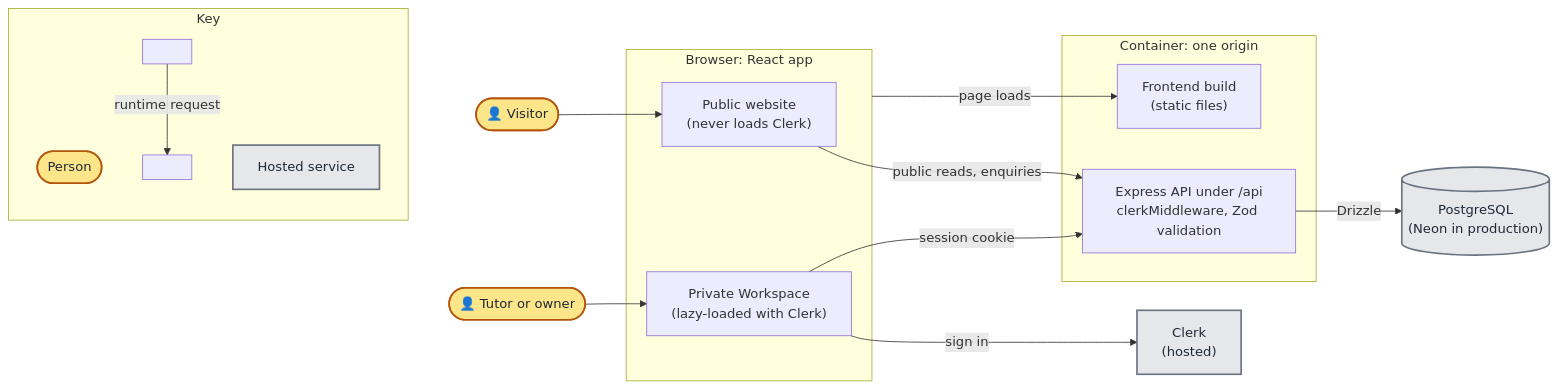
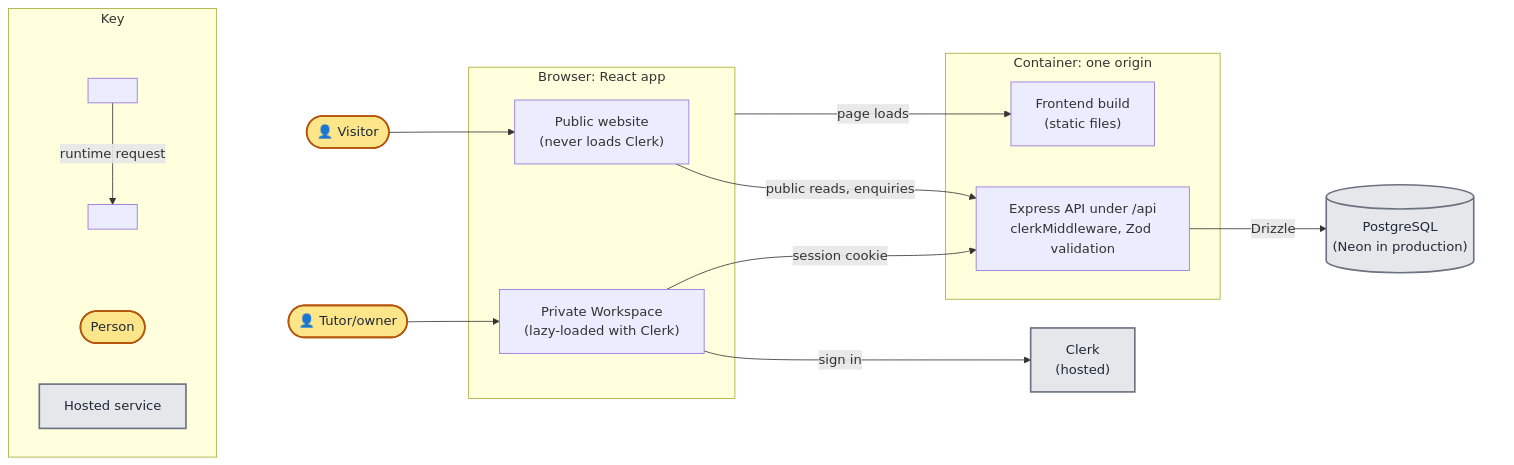
Before and after one commit to sumau/welltutored: the first of 2 diagrams in docs/architecture.md, drawn with Mermaid. The commit also changed other lines of this file, not shown here.

Commit message:
Tidy the architecture diagram and fold its notes into the intro

````diff
--- a/docs/architecture.md
+++ b/docs/architecture.md
@@ -14,36 +14,44 @@
 ```mermaid
 flowchart LR
-  visitor(["👤 Visitor"]) --> public
-  tutor(["👤 Tutor or owner"]) --> workspace
   classDef person fill:#fde68a,stroke:#b45309,stroke-width:2px,color:#1f2937
-  class visitor,tutor person
+  classDef external fill:#e5e7eb,stroke:#6b7280,stroke-width:2px,color:#1f2937
+  classDef hidden fill:none,stroke:none
 
-  subgraph browser["Browser: React app"]
-    public["Public website<br/>(never loads Clerk)"]
-    workspace["Private Workspace<br/>(lazy-loaded with Clerk)"]
+  subgraph system[" "]
+    direction LR
+    visitor(["👤 Visitor"]) --> public
+    tutor(["👤 Tutor/owner"]) --> workspace
+
+    subgraph browser["Browser: React app"]
+      public["Public website<br/>(never loads Clerk)"]
+      workspace["Private Workspace<br/>(lazy-loaded with Clerk)"]
+    end
+
+    workspace -- "sign in" --> clerk["Clerk<br/>(hosted)"]
+
+    subgraph container["Container: one origin"]
+      static["Frontend build<br/>(static files)"]
+      api["Express API under /api<br/>clerkMiddleware, Zod validation"]
+    end
+
+    browser -- "page loads" --> static
+    public -- "public reads, enquiries" --> api
+    workspace -- "session cookie" --> api
+    api -- "Drizzle" --> db[("PostgreSQL<br/>(Neon in production)")]
   end
 
-  workspace -- "sign in" --> clerk["Clerk<br/>(hosted)"]
-
-  subgraph container["Container: one origin"]
-    static["Frontend build<br/>(static files)"]
-    api["Express API under /api<br/>clerkMiddleware, Zod validation"]
+  subgraph key["Key"]
+    direction LR
+    keyPerson(["Person"])
+    keyHosted["Hosted service"]
+    subgraph keyArrow[" "]
+      keyFrom[" "] -- "runtime request" --> keyTo[" "]
+    end
   end
 
-  browser -- "page loads" --> static
-  public -- "public reads, enquiries" --> api
-  workspace -- "session cookie" --> api
-  api -- "Drizzle" --> db[("PostgreSQL<br/>(Neon in production)")]
+  key ~~~ system
 
-  classDef external fill:#e5e7eb,stroke:#6b7280,stroke-width:2px,color:#1f2937
-  class clerk,db external
-
-  subgraph key["Key"]
-    keyPerson(["Person"])
-    keyHosted["Hosted service"]
-    keyFrom[" "] -- "runtime request" --> keyTo[" "]
-  end
-  class keyPerson person
-  class keyHosted external
-  key ~~~ visitor
+  class visitor,tutor,keyPerson person
+  class clerk,db,keyHosted external
+  class system,keyArrow hidden
 ```
````
